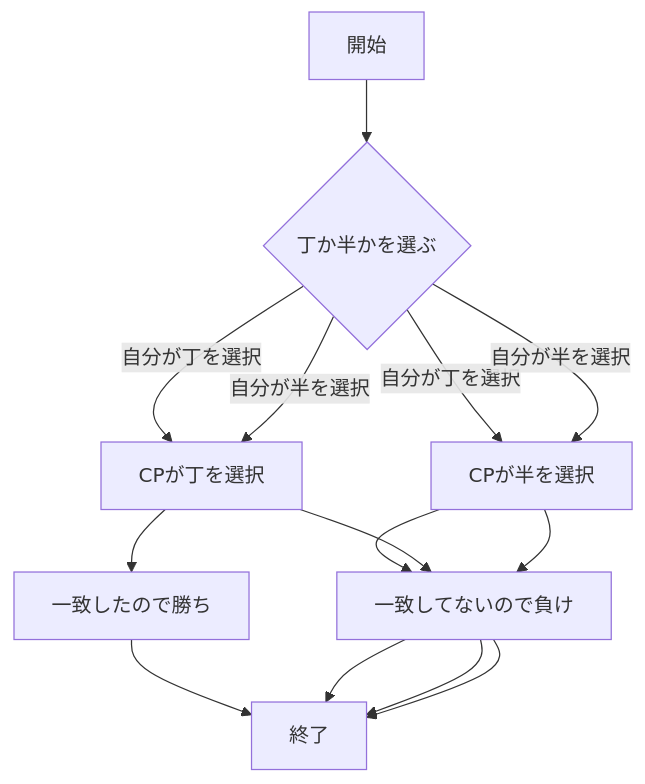
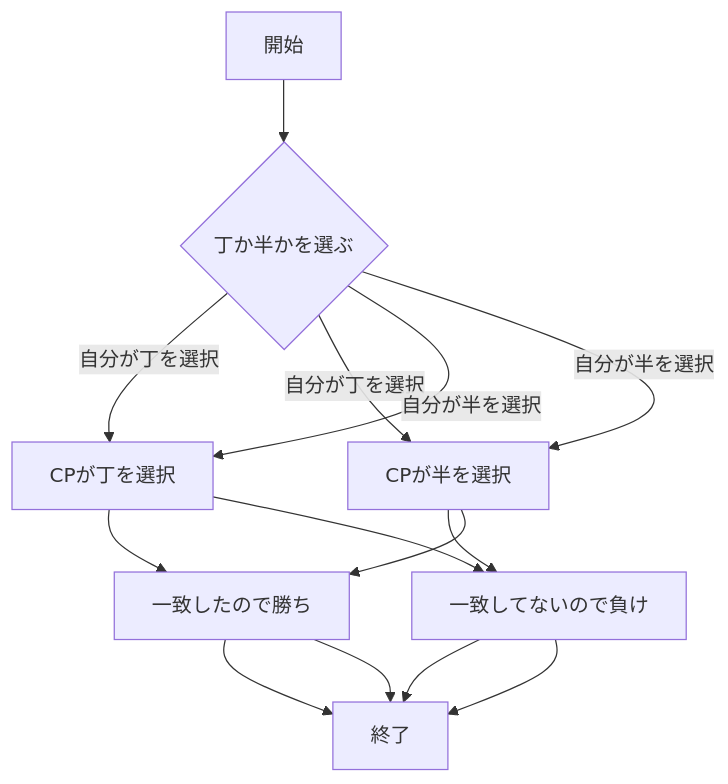
One commit to km919/webpro_06 changed the eighth of 9 diagrams in README.md. Above: the diagram before and after it, drawn with Mermaid.

Commit message:
12月27日1:37に編集済

````diff
--- a/README.md
+++ b/README.md
@@ -297,15 +297,15 @@
 ```mermaid
 flowchart TD;
 start["開始"];
 end1["終了"]
 if{"丁か半かを選ぶ"}
 start --> if
 if --> |自分が丁を選択|　CPが丁を選択
 CPが丁を選択 --> 一致したので勝ち --> end1
 if --> |自分が丁を選択|　CPが半を選択
 CPが半を選択 --> 一致してないので負け --> end1
 if --> |自分が半を選択|　CPが丁を選択
 CPが丁を選択 --> 一致してないので負け --> end1
 if --> |自分が半を選択|　CPが半を選択
-CPが半を選択 --> 一致してないので負け --> end1
+CPが半を選択 --> 一致したので勝ち --> end1
 ```
````
